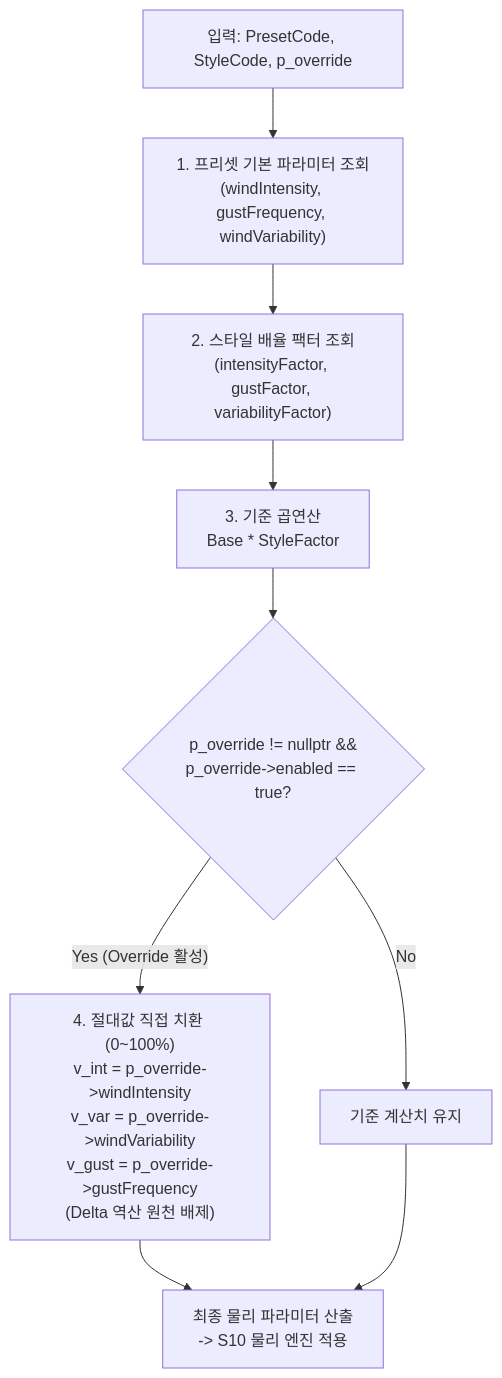
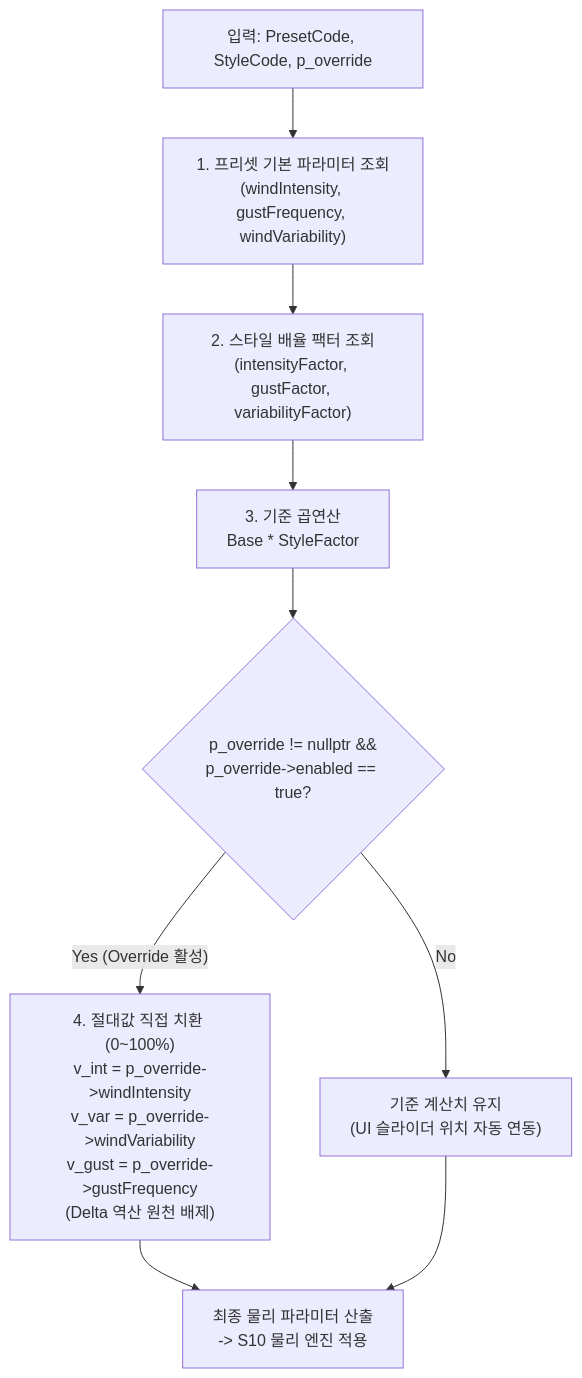
One commit to hosanglee-kr/SmartNatureWind_v002 changed diagram 13 of 13 in src/v0202/contract_doc_0202/FLOW_0202.md. Above: the diagram before and after it, drawn with Mermaid. The commit also changed other lines of this file and 3 other files, not shown here.

Commit message:
계약문서: 동기화/오프라인 규약 추가, SPEC/CONTRACT/FLOW 최신화 및 README 감사이력 중복 통폐합

````diff
--- a/src/v0202/contract_doc_0202/FLOW_0202.md
+++ b/src/v0202/contract_doc_0202/FLOW_0202.md
@@ -335,11 +366,11 @@
 ```mermaid
 flowchart TD
     In["입력: PresetCode, StyleCode, p_override"] --> P1["1. 프리셋 기본 파라미터 조회\n(windIntensity, gustFrequency, windVariability)"]
     P1 --> P2["2. 스타일 배율 팩터 조회\n(intensityFactor, gustFactor, variabilityFactor)"]
     P2 --> P3["3. 기준 곱연산\nBase * StyleFactor"]
     P3 --> P4{"p_override != nullptr &&\np_override->enabled == true?"}
     P4 -- "Yes (Override 활성)" --> P5["4. 절대값 직접 치환 (0~100%)\nv_int = p_override->windIntensity\nv_var = p_override->windVariability\nv_gust = p_override->gustFrequency\n(Delta 역산 원천 배제)"]
-    P4 -- "No" --> P6["기준 계산치 유지"]
+    P4 -- "No" --> P6["기준 계산치 유지\n(UI 슬라이더 위치 자동 연동)"]
     P5 --> Out["최종 물리 파라미터 산출\n-> S10 물리 엔진 적용"]
     P6 --> Out
 ```
````
